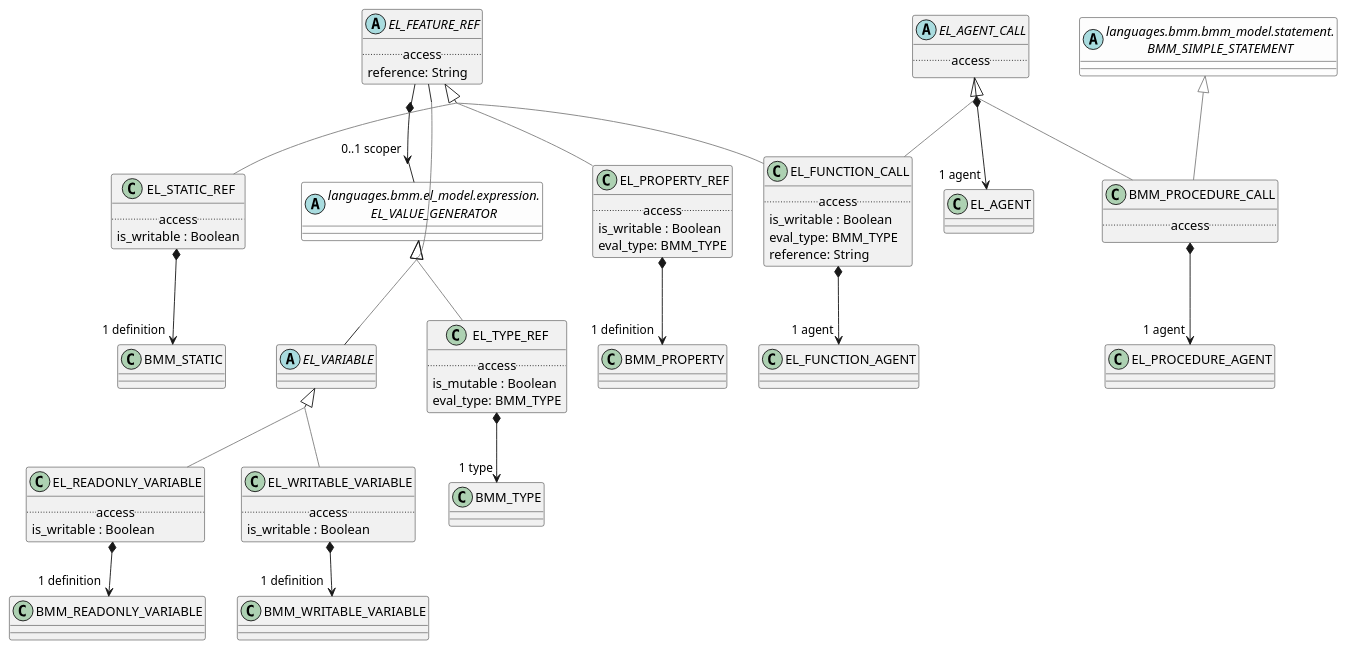
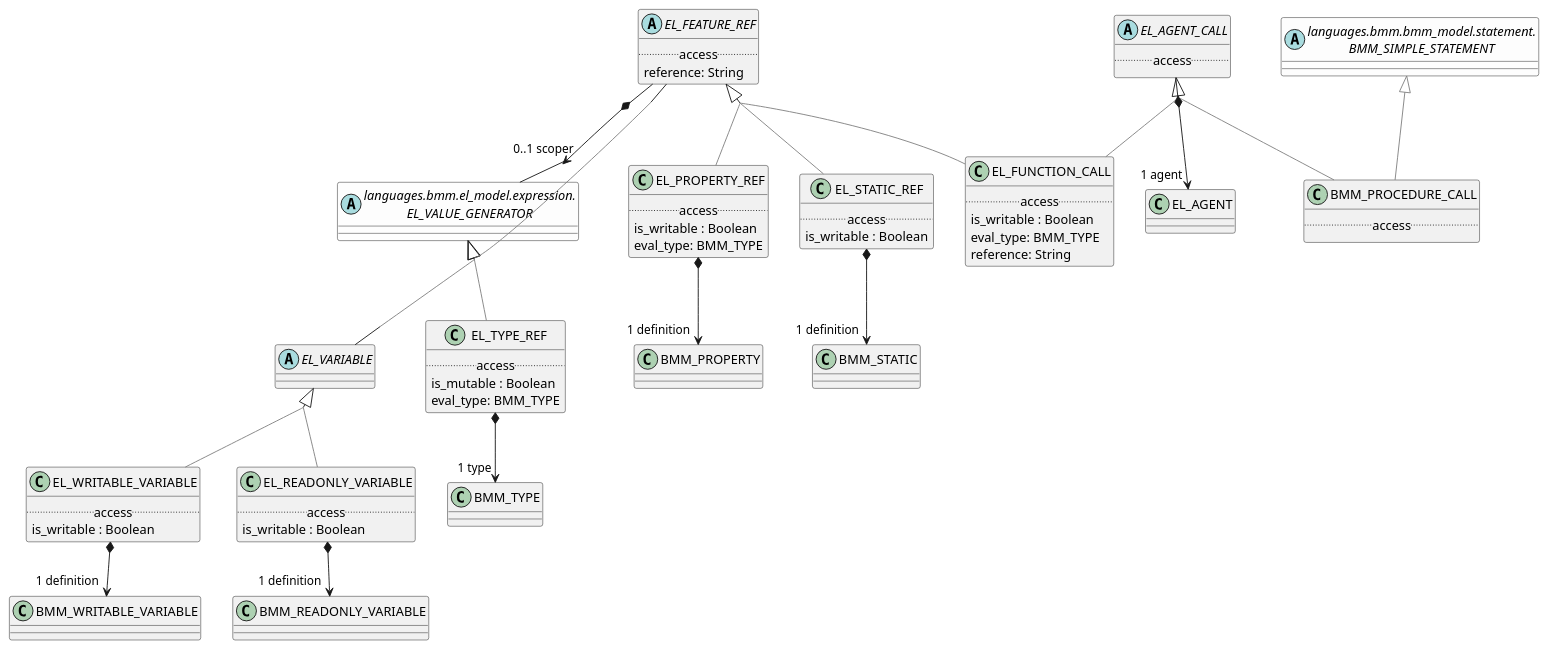
Before and after one commit to wolandscat/openehr-doc: the diagram in modules/ROOT/examples/bmm/languages/bmm/el_model/reference/reference-package-uml.adoc, drawn with PlantUML. The commit also changed 541 other files, not shown here.

Commit message:
Regen with override markers, and override relations removed from UML.

```diff
--- a/modules/ROOT/examples/bmm/languages/bmm/el_model/reference/reference-package-uml.adoc
+++ b/modules/ROOT/examples/bmm/languages/bmm/el_model/reference/reference-package-uml.adoc
@@ -10,13 +10,11 @@
         .. access ..
 }
 
-BMM_PROCEDURE_CALL -[#gray]up-|> EL_AGENT_CALL  
+BMM_PROCEDURE_CALL -[#gray]up-|> EL_AGENT_CALL
 
 
-BMM_PROCEDURE_CALL -[#gray]up-|> BMM_SIMPLE_STATEMENT  
+BMM_PROCEDURE_CALL -[#gray]up-|> BMM_SIMPLE_STATEMENT
 
-
-BMM_PROCEDURE_CALL *--> "1 agent" EL_PROCEDURE_AGENT
 
 class EL_FUNCTION_CALL [[/openehr-doc/latest/languages/bmm-gen.html#_class_el_function_call]] {
         .. access ..
@@ -25,13 +23,11 @@
         reference: String
 }
 
-EL_FUNCTION_CALL -[#gray]up-|> EL_FEATURE_REF  
+EL_FUNCTION_CALL -[#gray]up-|> EL_FEATURE_REF
 
 
-EL_FUNCTION_CALL -[#gray]up-|> EL_AGENT_CALL  
+EL_FUNCTION_CALL -[#gray]up-|> EL_AGENT_CALL
 
-
-EL_FUNCTION_CALL *--> "1 agent" EL_FUNCTION_AGENT
 
 class EL_PROPERTY_REF [[/openehr-doc/latest/languages/bmm-gen.html#_class_el_property_ref]] {
         .. access ..
@@ -39,7 +35,7 @@
         eval_type: BMM_TYPE
 }
 
-EL_PROPERTY_REF -[#gray]up-|> EL_FEATURE_REF  
+EL_PROPERTY_REF -[#gray]up-|> EL_FEATURE_REF
 
 
 EL_PROPERTY_REF *--> "1 definition" BMM_PROPERTY
@@ -50,7 +46,7 @@
         eval_type: BMM_TYPE
 }
 
-EL_TYPE_REF -[#gray]up-|> EL_VALUE_GENERATOR  
+EL_TYPE_REF -[#gray]up-|> EL_VALUE_GENERATOR
 
 
 EL_TYPE_REF *--> "1 type" BMM_TYPE
@@ -60,7 +56,7 @@
         is_writable : Boolean
 }
 
-EL_WRITABLE_VARIABLE -[#gray]up-|> EL_VARIABLE  
+EL_WRITABLE_VARIABLE -[#gray]up-|> EL_VARIABLE
 
 
 EL_WRITABLE_VARIABLE *--> "1 definition" BMM_WRITABLE_VARIABLE
@@ -68,7 +64,7 @@
 abstract class EL_VARIABLE [[/openehr-doc/latest/languages/bmm-gen.html#_class_el_variable]] {
 }
 
-EL_VARIABLE -[#gray]up-|> EL_VALUE_GENERATOR  
+EL_VARIABLE -[#gray]up-|> EL_VALUE_GENERATOR
 
 
 class EL_READONLY_VARIABLE [[/openehr-doc/latest/languages/bmm-gen.html#_class_el_readonly_variable]] {
@@ -76,7 +72,7 @@
         is_writable : Boolean
 }
 
-EL_READONLY_VARIABLE -[#gray]up-|> EL_VARIABLE  
+EL_READONLY_VARIABLE -[#gray]up-|> EL_VARIABLE
 
 
 EL_READONLY_VARIABLE *--> "1 definition" BMM_READONLY_VARIABLE
@@ -86,7 +82,7 @@
         reference: String
 }
 
-EL_FEATURE_REF -[#gray]up-|> EL_VALUE_GENERATOR  
+EL_FEATURE_REF -[#gray]up-|> EL_VALUE_GENERATOR
 
 
 EL_FEATURE_REF *--> "0..1 scoper" EL_VALUE_GENERATOR
@@ -102,7 +98,7 @@
         is_writable : Boolean
 }
 
-EL_STATIC_REF -[#gray]up-|> EL_FEATURE_REF  
+EL_STATIC_REF -[#gray]up-|> EL_FEATURE_REF
 
 
 EL_STATIC_REF *--> "1 definition" BMM_STATIC
```
